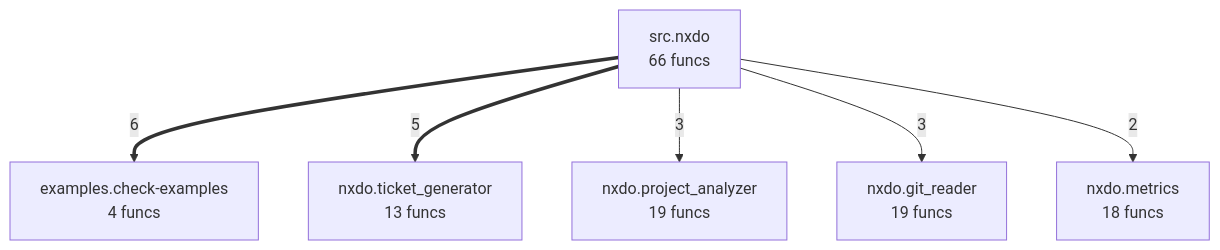
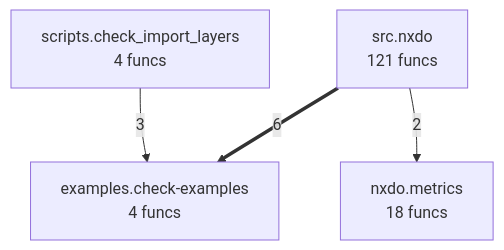
One commit to semcod/nxdo changed the diagram in project/compact_flow.mmd. Above: the diagram before and after it, drawn with Mermaid. The commit also changed 14 other files, not shown here.

First line of the commit message:
chore(PLF-142): project discovery refresh and planning-artifact reconciliation ticket PLF-143

```diff
--- a/project/compact_flow.mmd
+++ b/project/compact_flow.mmd
@@ -1,13 +1,9 @@
 flowchart TD
 %% generated in 0.01s
     examples__check_examples["examples.check-examples<br/>4 funcs"]
-    nxdo__git_reader["nxdo.git_reader<br/>19 funcs"]
     nxdo__metrics["nxdo.metrics<br/>18 funcs"]
-    nxdo__project_analyzer["nxdo.project_analyzer<br/>19 funcs"]
-    nxdo__ticket_generator["nxdo.ticket_generator<br/>13 funcs"]
-    src__nxdo["src.nxdo<br/>66 funcs"]
+    scripts__check_import_layers["scripts.check_import_layers<br/>4 funcs"]
+    src__nxdo["src.nxdo<br/>121 funcs"]
     src__nxdo ==>|6| examples__check_examples
-    src__nxdo ==>|5| nxdo__ticket_generator
-    src__nxdo -->|3| nxdo__project_analyzer
-    src__nxdo -->|3| nxdo__git_reader
+    scripts__check_import_layers -->|3| examples__check_examples
     src__nxdo -->|2| nxdo__metrics
```
